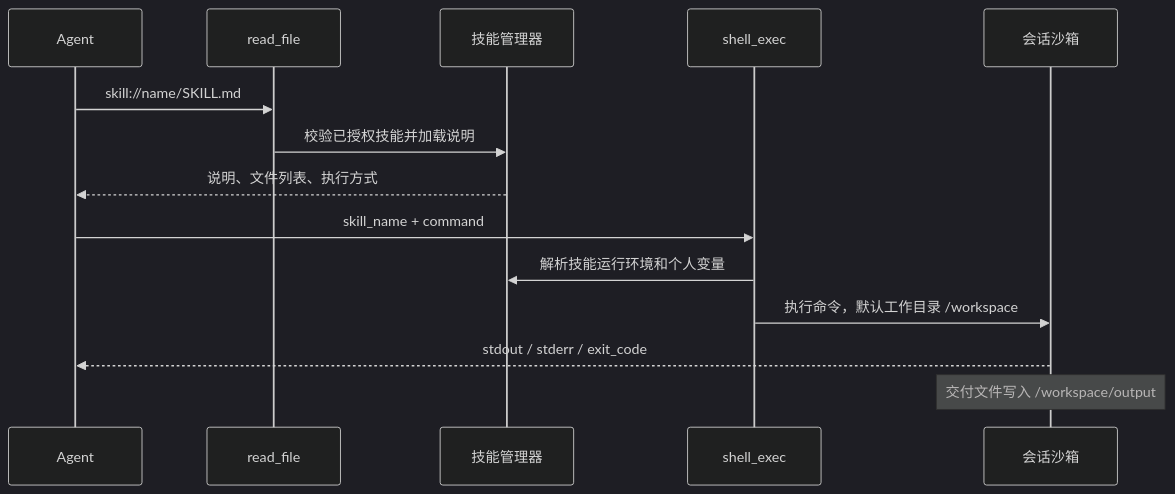
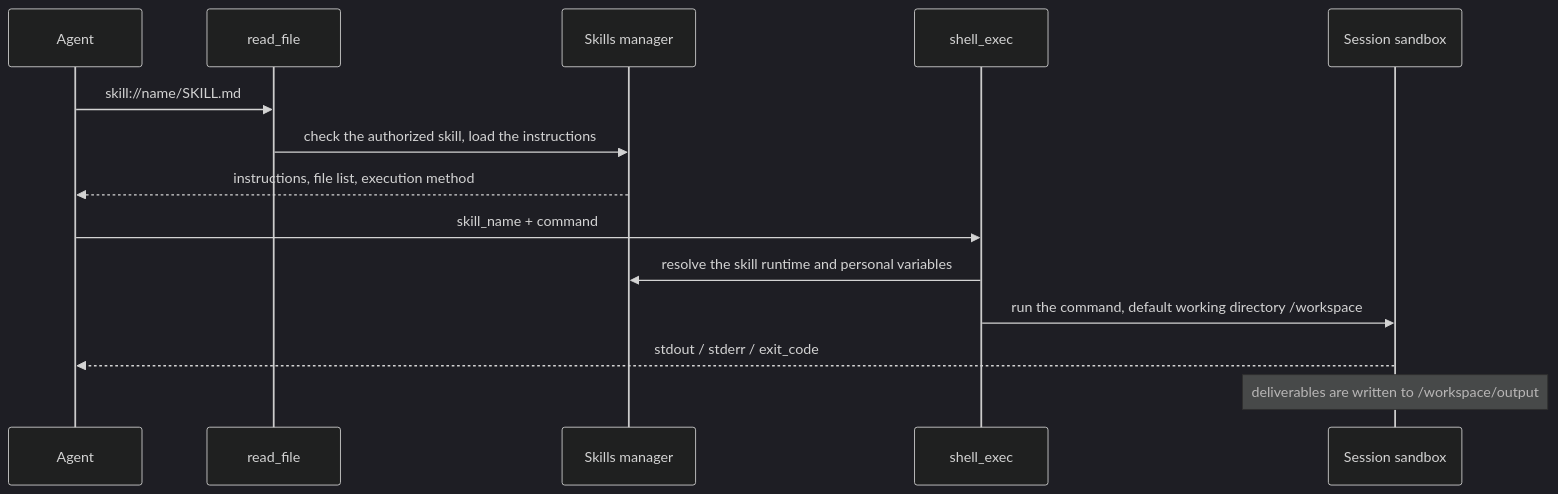
The third of 3 diagrams in website-docs/03-features/07-agent.md (jrmatherly/ai-kb), drawn with Mermaid (dark theme) before and after one commit. The commit also changed other lines of this file and 11 other files, not shown here.

````diff
--- a/website-docs/03-features/07-agent.md
+++ b/website-docs/03-features/07-agent.md
@@ -578,16 +591,16 @@
 ```mermaid
 sequenceDiagram
     participant LLM as Agent
     participant Reader as read_file
-    participant Manager as 技能管理器
+    participant Manager as Skills manager
     participant Shell as shell_exec
-    participant SBX as 会话沙箱
+    participant SBX as Session sandbox
     LLM->>Reader: skill://name/SKILL.md
-    Reader->>Manager: 校验已授权技能并加载说明
-    Manager-->>LLM: 说明、文件列表、执行方式
+    Reader->>Manager: check the authorized skill, load the instructions
+    Manager-->>LLM: instructions, file list, execution method
     LLM->>Shell: skill_name + command
-    Shell->>Manager: 解析技能运行环境和个人变量
-    Shell->>SBX: 执行命令，默认工作目录 /workspace
+    Shell->>Manager: resolve the skill runtime and personal variables
+    Shell->>SBX: run the command, default working directory /workspace
     SBX-->>LLM: stdout / stderr / exit_code
-    Note over SBX: 交付文件写入 /workspace/output
+    Note over SBX: deliverables are written to /workspace/output
 ```
````
